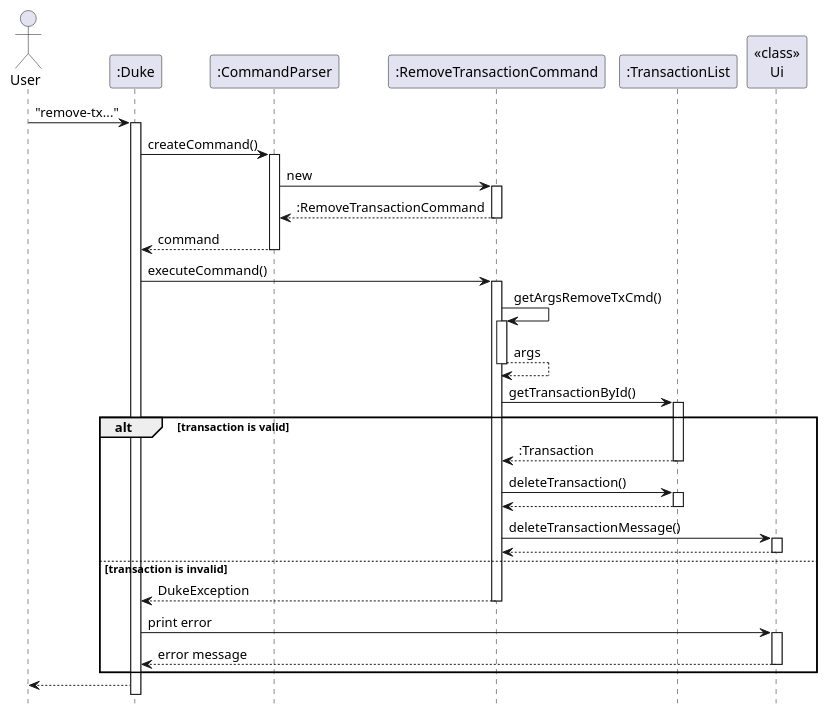
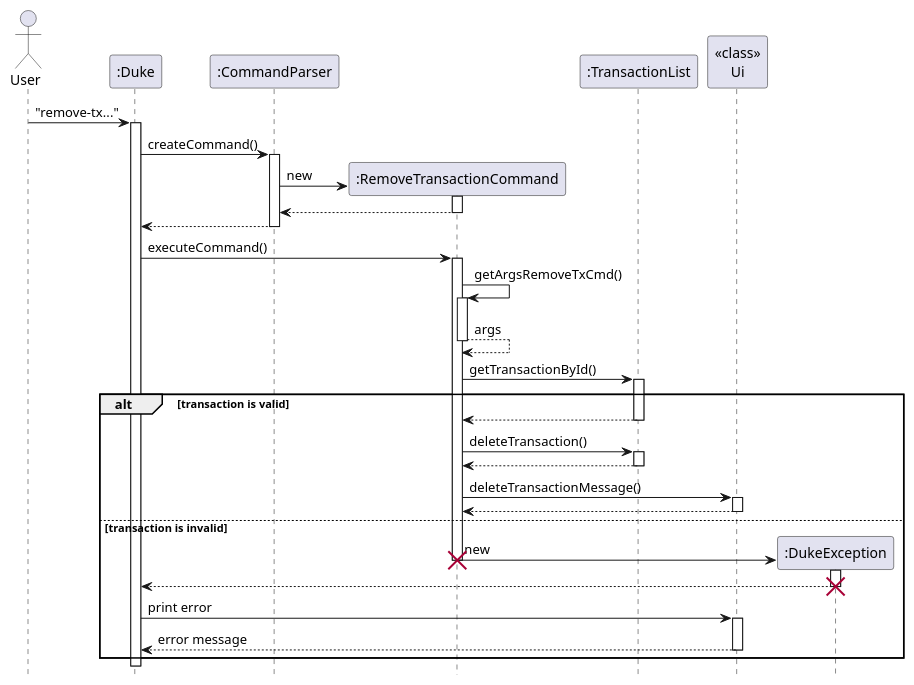
The diagram in docs/diagrams/transaction/RemoveTransactionSequence.puml (nus-cs2113-AY2223S1/tp), drawn with PlantUML before and after one commit. The commit also changed 13 other files, not shown here.

Commit message:
Update diagrams

```diff
--- a/docs/diagrams/transaction/RemoveTransactionSequence.puml
+++ b/docs/diagrams/transaction/RemoveTransactionSequence.puml
@@ -1,43 +1,46 @@
 @startuml
 hide footbox
 
 Actor User
 "User" -> ":Duke": "remove-tx..."
 activate ":Duke"
 ":Duke" -> ":CommandParser": createCommand()
 activate ":CommandParser"
-":CommandParser" -> ":RemoveTransactionCommand": new
+":CommandParser" -> ":RemoveTransactionCommand"**: new
 activate ":RemoveTransactionCommand"
-return :RemoveTransactionCommand
-":CommandParser" --> ":Duke": command
+return
+":CommandParser" --> ":Duke":
 deactivate
 
 ":Duke" -> ":RemoveTransactionCommand" : executeCommand()
 activate ":RemoveTransactionCommand"
 ":RemoveTransactionCommand" -> ":RemoveTransactionCommand": getArgsRemoveTxCmd()
 activate ":RemoveTransactionCommand"
 return args
     ":RemoveTransactionCommand" -> ":TransactionList": getTransactionById()
     activate ":TransactionList"
 alt transaction is valid
-    ":TransactionList" --> ":RemoveTransactionCommand": :Transaction
+    ":TransactionList" --> ":RemoveTransactionCommand"
     deactivate ":TransactionList"
     ":RemoveTransactionCommand" -> ":TransactionList": deleteTransaction()
     activate ":TransactionList"
     return
     ":RemoveTransactionCommand" -> "<<class>>\nUi": deleteTransactionMessage()
     activate "<<class>>\nUi"
     return
     deactivate "<<class>>\nUi"
     deactivate ":TransactionList"
 else transaction is invalid
-    ":RemoveTransactionCommand" --> ":Duke" : DukeException
-    deactivate ":RemoveTransactionCommand"
+    ":RemoveTransactionCommand" -> ":DukeException"** : new
+    destroy ":RemoveTransactionCommand"
+    activate ":DukeException"
+    ":DukeException" --> ":Duke"
+    destroy ":DukeException"
     ":Duke" -> "<<class>>\nUi" : print error
     activate "<<class>>\nUi"
     "<<class>>\nUi" --> ":Duke" : error message
     deactivate "<<class>>\nUi"
 end
 deactivate ":RemoveTransactionCommand"
-":Duke" --> "User"
+
 @enduml
```
